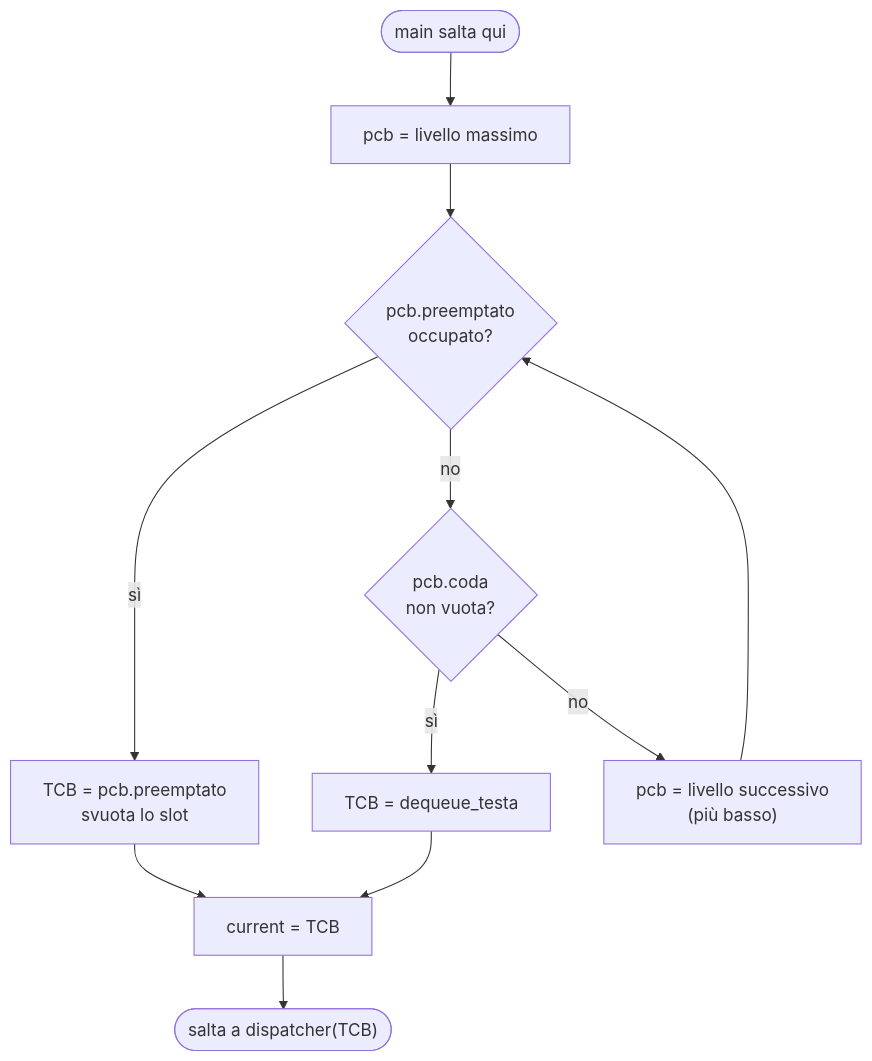
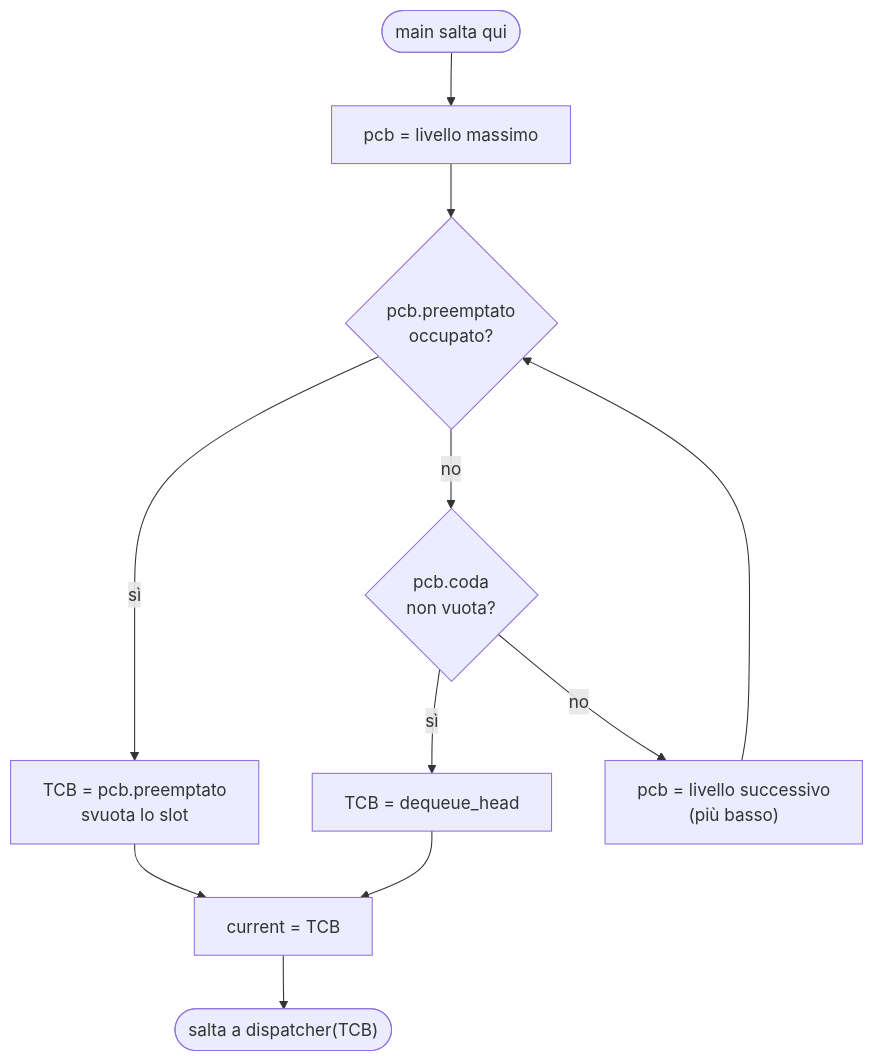
Before and after one commit to rmigliori/vcpu_sim: the second of 6 diagrams in docs/proposta-kernel-realtime.md, drawn with Mermaid. The commit also changed other lines of this file and 16 other files, not shown here.

````diff
--- a/docs/proposta-kernel-realtime.md
+++ b/docs/proposta-kernel-realtime.md
@@ -343,13 +343,13 @@
 ```mermaid
 flowchart TD
     S([main salta qui]) --> A["pcb = livello massimo"]
     A --> B{"pcb.preemptato<br/>occupato?"}
     B -- sì --> C["TCB = pcb.preemptato<br/>svuota lo slot"]
     B -- no --> D{"pcb.coda<br/>non vuota?"}
-    D -- sì --> E["TCB = dequeue_testa"]
+    D -- sì --> E["TCB = dequeue_head"]
     D -- no --> F["pcb = livello successivo<br/>(più basso)"]
     F --> B
     C --> G["current = TCB"]
     E --> G
     G --> H(["salta a dispatcher(TCB)"])
 ```
````
